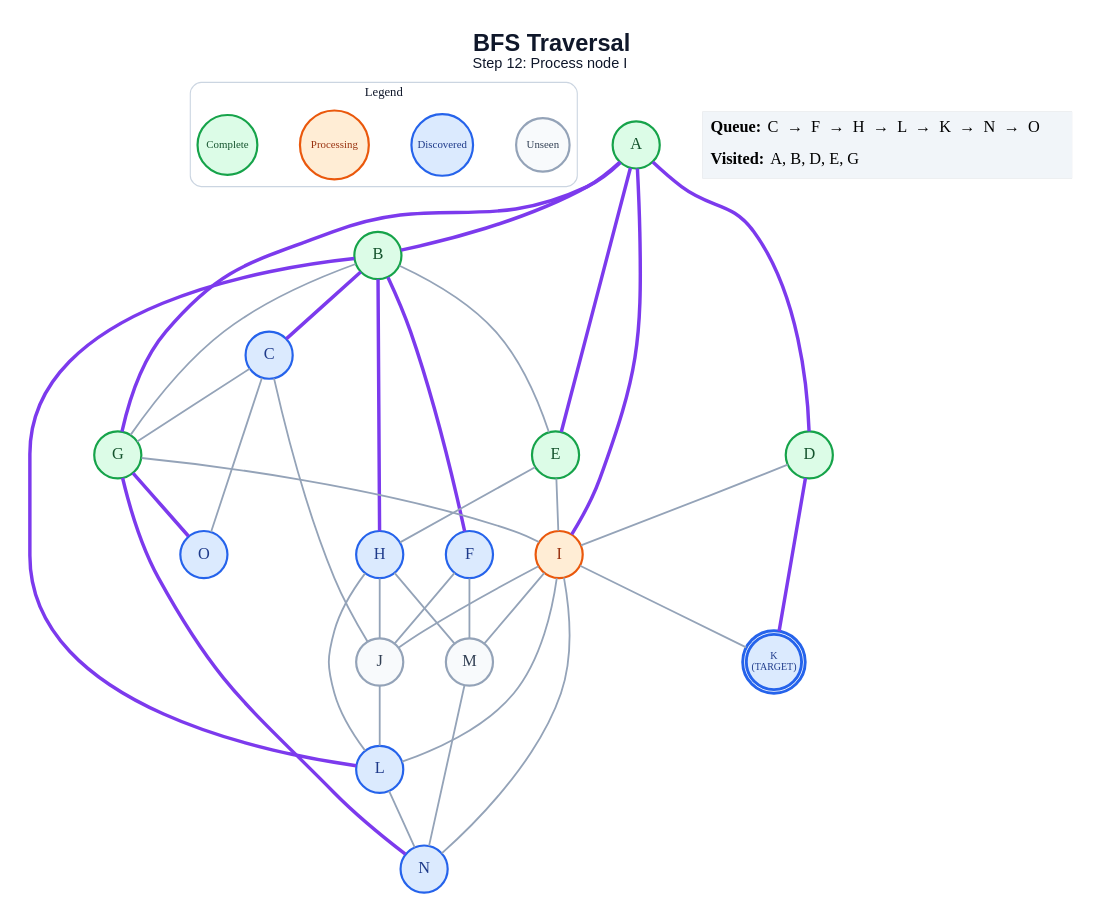
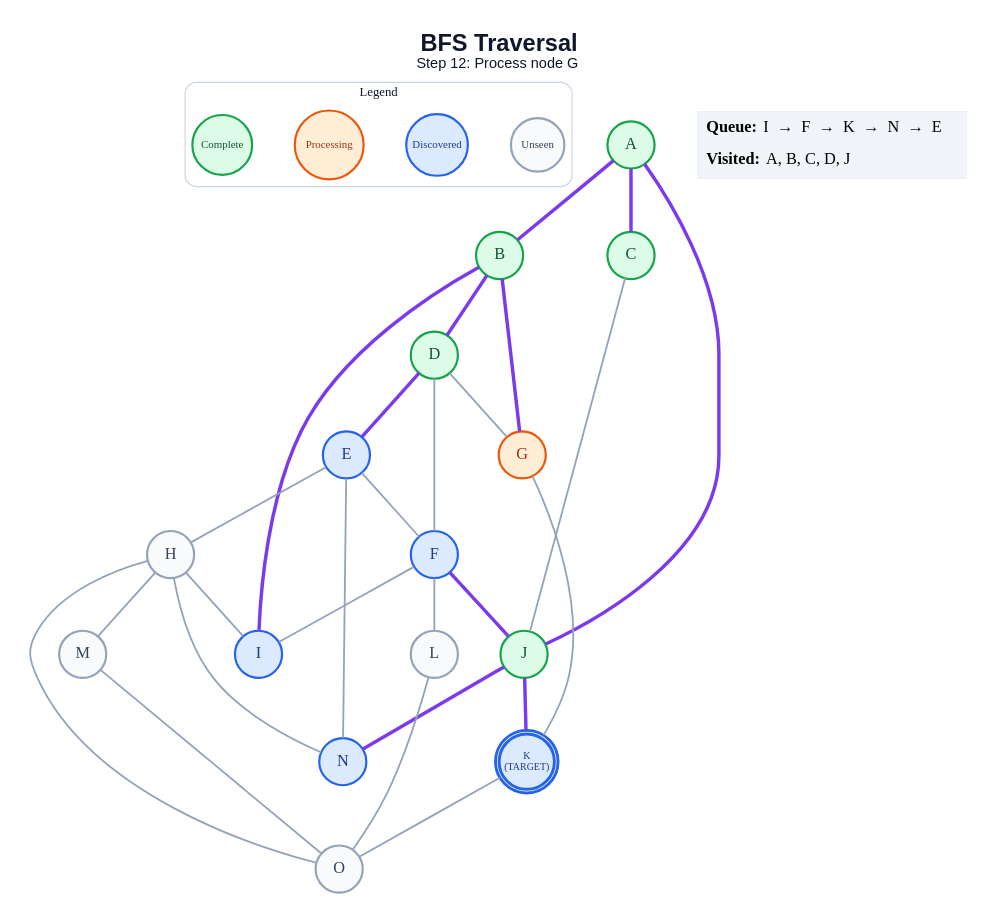
The diagram in generated/bfs/step_12.dot (anon7238593-create/ai-slop), drawn with Graphviz before and after one commit. The commit also changed 283 other files, not shown here.

```diff
--- a/generated/bfs/step_12.dot
+++ b/generated/bfs/step_12.dot
@@ -1,68 +1,60 @@
 graph traversal {
   graph [layout=dot, rankdir=TB, bgcolor="#FFFFFF", pad="0.35", nodesep="0.65", ranksep="0.8", fontname="Arial"];
   node [shape=circle, style="filled", fontname="Arial Bold", fontsize=18, width=0.72, fixedsize=true, penwidth=2.4];
   edge [color="#94A3B8", penwidth=2.0];
-  label=<<B>BFS Traversal</B><BR/><FONT POINT-SIZE="16">Step 12: Process node I</FONT>>; labelloc="t"; fontsize=26; fontname="Arial"; fontcolor="#0F172A";
+  label=<<B>BFS Traversal</B><BR/><FONT POINT-SIZE="16">Step 12: Process node G</FONT>>; labelloc="t"; fontsize=26; fontname="Arial"; fontcolor="#0F172A";
   subgraph cluster_legend { label="Legend"; color="#CBD5E1"; penwidth=1.2; style="rounded"; fontsize=14; fontname="Arial Bold";
     key_unseen [label="Unseen", fillcolor="#F8FAFC", color="#94A3B8", fontcolor="#334155", fontsize=12, width=0.82];
     key_frontier [label="Discovered", fillcolor="#DBEAFE", color="#2563EB", fontcolor="#1E3A8A", fontsize=12, width=0.95];
     key_current [label="Processing", fillcolor="#FFEDD5", color="#EA580C", fontcolor="#9A3412", fontsize=12, width=1.05];
     key_done [label="Complete", fillcolor="#DCFCE7", color="#16A34A", fontcolor="#14532D", fontsize=12, width=0.92];
     { rank=same; key_unseen; key_frontier; key_current; key_done; }
   }
   A [label="A", fillcolor="#DCFCE7", color="#16A34A", fontcolor="#14532D", peripheries=1, penwidth=2.4];
   B [label="B", fillcolor="#DCFCE7", color="#16A34A", fontcolor="#14532D", peripheries=1, penwidth=2.4];
-  C [label="C", fillcolor="#DBEAFE", color="#2563EB", fontcolor="#1E3A8A", peripheries=1, penwidth=2.4];
+  C [label="C", fillcolor="#DCFCE7", color="#16A34A", fontcolor="#14532D", peripheries=1, penwidth=2.4];
   D [label="D", fillcolor="#DCFCE7", color="#16A34A", fontcolor="#14532D", peripheries=1, penwidth=2.4];
-  E [label="E", fillcolor="#DCFCE7", color="#16A34A", fontcolor="#14532D", peripheries=1, penwidth=2.4];
+  E [label="E", fillcolor="#DBEAFE", color="#2563EB", fontcolor="#1E3A8A", peripheries=1, penwidth=2.4];
   F [label="F", fillcolor="#DBEAFE", color="#2563EB", fontcolor="#1E3A8A", peripheries=1, penwidth=2.4];
-  G [label="G", fillcolor="#DCFCE7", color="#16A34A", fontcolor="#14532D", peripheries=1, penwidth=2.4];
-  H [label="H", fillcolor="#DBEAFE", color="#2563EB", fontcolor="#1E3A8A", peripheries=1, penwidth=2.4];
-  I [label="I", fillcolor="#FFEDD5", color="#EA580C", fontcolor="#9A3412", peripheries=1, penwidth=2.4];
-  J [label="J", fillcolor="#F8FAFC", color="#94A3B8", fontcolor="#334155", peripheries=1, penwidth=2.4];
+  G [label="G", fillcolor="#FFEDD5", color="#EA580C", fontcolor="#9A3412", peripheries=1, penwidth=2.4];
+  H [label="H", fillcolor="#F8FAFC", color="#94A3B8", fontcolor="#334155", peripheries=1, penwidth=2.4];
+  I [label="I", fillcolor="#DBEAFE", color="#2563EB", fontcolor="#1E3A8A", peripheries=1, penwidth=2.4];
+  J [label="J", fillcolor="#DCFCE7", color="#16A34A", fontcolor="#14532D", peripheries=1, penwidth=2.4];
   K [label="K\n(TARGET)", fillcolor="#DBEAFE", color="#2563EB", fontcolor="#1E3A8A", peripheries=2, penwidth=3.2, fontsize=11, width=0.85, height=0.85];
-  L [label="L", fillcolor="#DBEAFE", color="#2563EB", fontcolor="#1E3A8A", peripheries=1, penwidth=2.4];
+  L [label="L", fillcolor="#F8FAFC", color="#94A3B8", fontcolor="#334155", peripheries=1, penwidth=2.4];
   M [label="M", fillcolor="#F8FAFC", color="#94A3B8", fontcolor="#334155", peripheries=1, penwidth=2.4];
   N [label="N", fillcolor="#DBEAFE", color="#2563EB", fontcolor="#1E3A8A", peripheries=1, penwidth=2.4];
-  O [label="O", fillcolor="#DBEAFE", color="#2563EB", fontcolor="#1E3A8A", peripheries=1, penwidth=2.4];
+  O [label="O", fillcolor="#F8FAFC", color="#94A3B8", fontcolor="#334155", peripheries=1, penwidth=2.4];
   A -- B [color="#7C3AED", penwidth=3.8];
-  A -- D [color="#7C3AED", penwidth=3.8];
-  A -- E [color="#7C3AED", penwidth=3.8];
-  A -- G [color="#7C3AED", penwidth=3.8];
-  A -- I [color="#7C3AED", penwidth=3.8];
-  B -- C [color="#7C3AED", penwidth=3.8];
-  B -- E;
-  B -- F [color="#7C3AED", penwidth=3.8];
-  B -- G;
-  B -- H [color="#7C3AED", penwidth=3.8];
-  B -- L [color="#7C3AED", penwidth=3.8];
-  C -- G;
+  A -- C [color="#7C3AED", penwidth=3.8];
+  A -- J [color="#7C3AED", penwidth=3.8];
+  B -- D [color="#7C3AED", penwidth=3.8];
+  B -- G [color="#7C3AED", penwidth=3.8];
+  B -- I [color="#7C3AED", penwidth=3.8];
   C -- J;
-  C -- O;
-  D -- I;
-  D -- K [color="#7C3AED", penwidth=3.8];
+  D -- E [color="#7C3AED", penwidth=3.8];
+  D -- F;
+  D -- G;
+  E -- F;
   E -- H;
-  E -- I;
-  F -- J;
-  F -- M;
-  G -- I;
-  G -- N [color="#7C3AED", penwidth=3.8];
-  G -- O [color="#7C3AED", penwidth=3.8];
-  H -- J;
-  H -- L;
+  E -- N;
+  F -- I;
+  F -- J [color="#7C3AED", penwidth=3.8];
+  F -- L;
+  G -- K;
+  H -- I;
   H -- M;
-  I -- J;
-  I -- K;
-  I -- L;
-  I -- M;
-  I -- N;
-  J -- L;
-  L -- N;
-  M -- N;
+  H -- N;
+  H -- O;
+  J -- K [color="#7C3AED", penwidth=3.8];
+  J -- N [color="#7C3AED", penwidth=3.8];
+  K -- O;
+  L -- O;
+  M -- O;
   status [shape=plain, fixedsize=false, width=0, height=0, margin=0, label=<
     <TABLE BORDER="0" CELLBORDER="0" CELLPADDING="7" BGCOLOR="#F1F5F9">
-      <TR><TD ALIGN="LEFT"><B>Queue:</B> C  →  F  →  H  →  L  →  K  →  N  →  O</TD></TR>
-      <TR><TD ALIGN="LEFT"><B>Visited:</B> A, B, D, E, G</TD></TR>
+      <TR><TD ALIGN="LEFT"><B>Queue:</B> I  →  F  →  K  →  N  →  E</TD></TR>
+      <TR><TD ALIGN="LEFT"><B>Visited:</B> A, B, C, D, J</TD></TR>
     </TABLE>
   >];
 }
```
